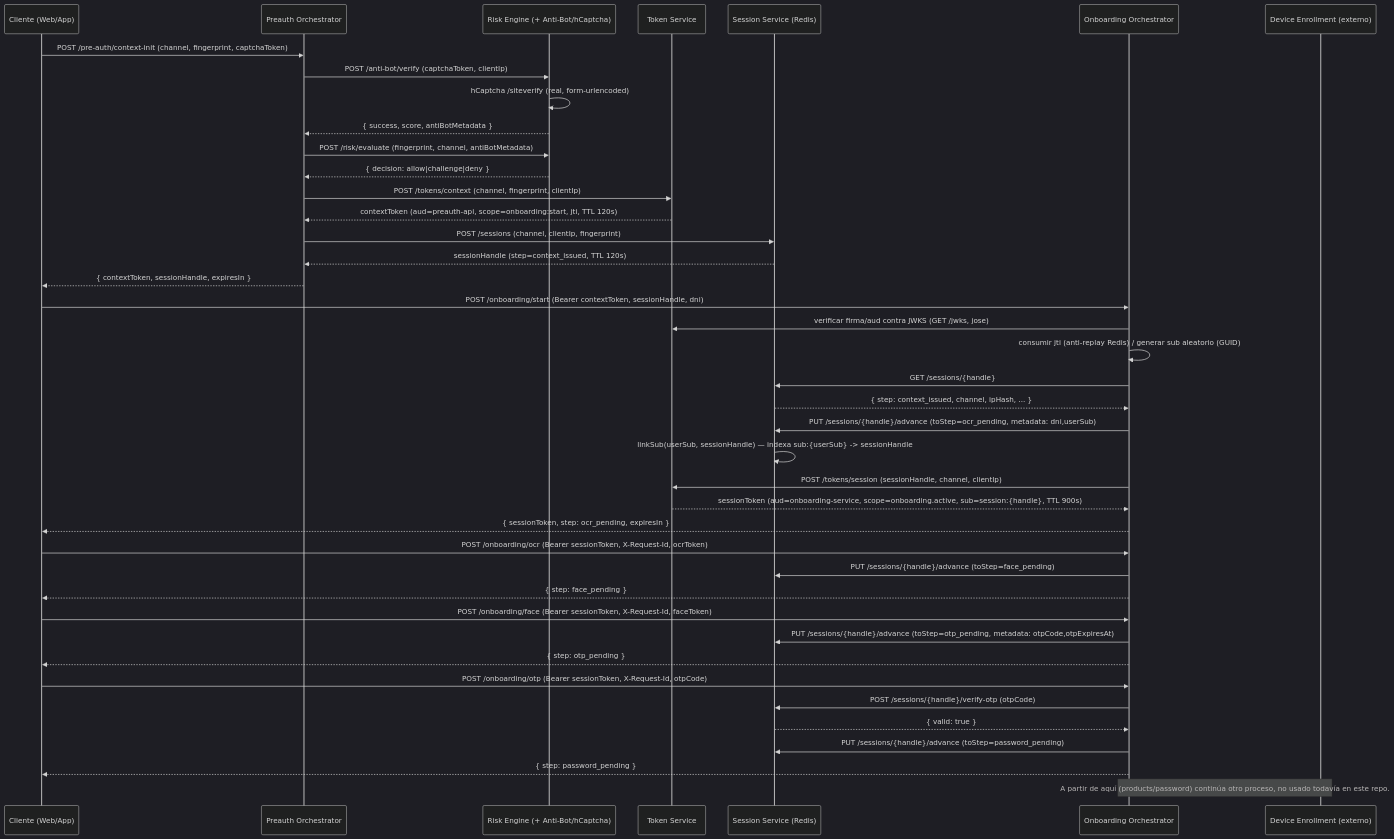
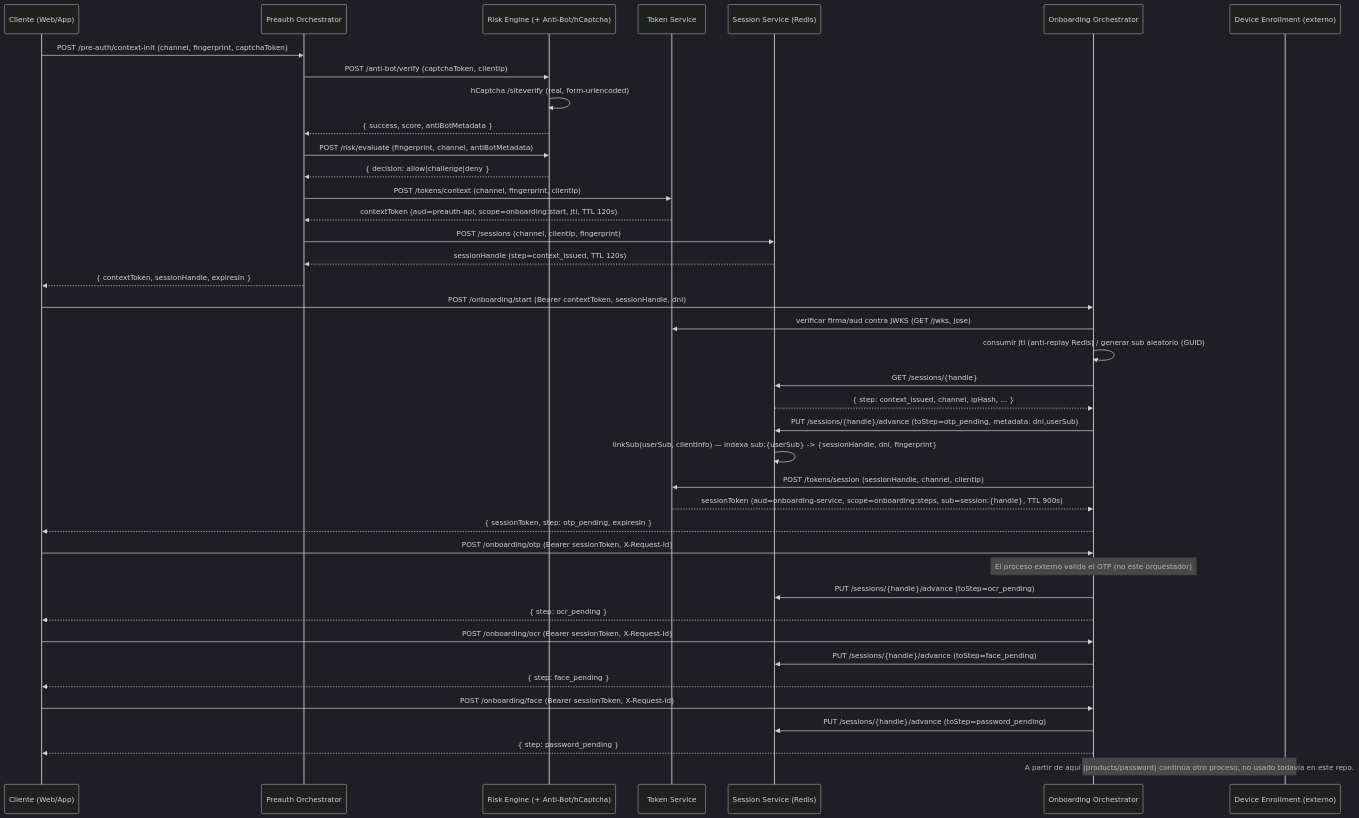
Before and after one commit to Deanilow/preauth: the diagram in ARCHITECTURE.md, drawn with Mermaid (dark theme). The commit also changed other lines of this file and 15 other files, not shown here.

````diff
--- a/ARCHITECTURE.md
+++ b/ARCHITECTURE.md
@@ -54,49 +54,48 @@
 ```mermaid
 sequenceDiagram
     participant C as Cliente (Web/App)
     participant PA as Preauth Orchestrator
     participant RE as Risk Engine (+ Anti-Bot/hCaptcha)
     participant TS as Token Service
     participant SS as Session Service (Redis)
     participant OO as Onboarding Orchestrator
     participant DE as Device Enrollment (externo)
 
     C->>PA: POST /pre-auth/context-init (channel, fingerprint, captchaToken)
     PA->>RE: POST /anti-bot/verify (captchaToken, clientIp)
     RE->>RE: hCaptcha /siteverify (real, form-urlencoded)
     RE-->>PA: { success, score, antiBotMetadata }
     PA->>RE: POST /risk/evaluate (fingerprint, channel, antiBotMetadata)
     RE-->>PA: { decision: allow|challenge|deny }
     PA->>TS: POST /tokens/context (channel, fingerprint, clientIp)
     TS-->>PA: contextToken (aud=preauth-api, scope=onboarding:start, jti, TTL 120s)
     PA->>SS: POST /sessions (channel, clientIp, fingerprint)
     SS-->>PA: sessionHandle (step=context_issued, TTL 120s)
     PA-->>C: { contextToken, sessionHandle, expiresIn }
 
     C->>OO: POST /onboarding/start (Bearer contextToken, sessionHandle, dni)
     OO->>TS: verificar firma/aud contra JWKS (GET /jwks, jose)
     OO->>OO: consumir jti (anti-replay Redis) / generar sub aleatorio (GUID)
     OO->>SS: GET /sessions/{handle}
     SS-->>OO: { step: context_issued, channel, ipHash, ... }
-    OO->>SS: PUT /sessions/{handle}/advance (toStep=ocr_pending, metadata: dni,userSub)
-    SS->>SS: linkSub(userSub, sessionHandle) — indexa sub:{userSub} -> sessionHandle
+    OO->>SS: PUT /sessions/{handle}/advance (toStep=otp_pending, metadata: dni,userSub)
+    SS->>SS: linkSub(userSub, clientInfo) — indexa sub:{userSub} -> {sessionHandle, dni, fingerprint}
     OO->>TS: POST /tokens/session (sessionHandle, channel, clientIp)
-    TS-->>OO: sessionToken (aud=onboarding-service, scope=onboarding.active, sub=session:{handle}, TTL 900s)
-    OO-->>C: { sessionToken, step: ocr_pending, expiresIn }
+    TS-->>OO: sessionToken (aud=onboarding-service, scope=onboarding:steps, sub=session:{handle}, TTL 900s)
+    OO-->>C: { sessionToken, step: otp_pending, expiresIn }
 
-    C->>OO: POST /onboarding/ocr (Bearer sessionToken, X-Request-Id, ocrToken)
+    C->>OO: POST /onboarding/otp (Bearer sessionToken, X-Request-Id)
+    Note over OO: El proceso externo valida el OTP (no este orquestador)
+    OO->>SS: PUT /sessions/{handle}/advance (toStep=ocr_pending)
+    OO-->>C: { step: ocr_pending }
+
+    C->>OO: POST /onboarding/ocr (Bearer sessionToken, X-Request-Id)
     OO->>SS: PUT /sessions/{handle}/advance (toStep=face_pending)
     OO-->>C: { step: face_pending }
 
-    C->>OO: POST /onboarding/face (Bearer sessionToken, X-Request-Id, faceToken)
-    OO->>SS: PUT /sessions/{handle}/advance (toStep=otp_pending, metadata: otpCode,otpExpiresAt)
-    OO-->>C: { step: otp_pending }
-
-    C->>OO: POST /onboarding/otp (Bearer sessionToken, X-Request-Id, otpCode)
-    OO->>SS: POST /sessions/{handle}/verify-otp (otpCode)
-    SS-->>OO: { valid: true }
+    C->>OO: POST /onboarding/face (Bearer sessionToken, X-Request-Id)
     OO->>SS: PUT /sessions/{handle}/advance (toStep=password_pending)
     OO-->>C: { step: password_pending }
 
     Note over OO,DE: A partir de aquí (products/password) continúa otro proceso, no usado todavía en este repo.
 ```
````
